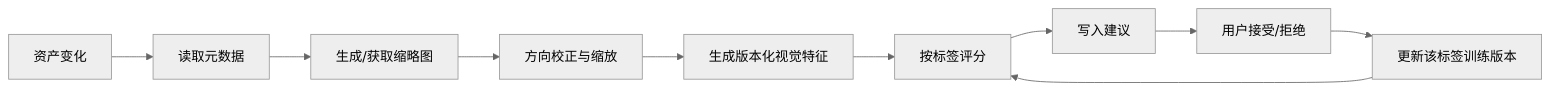
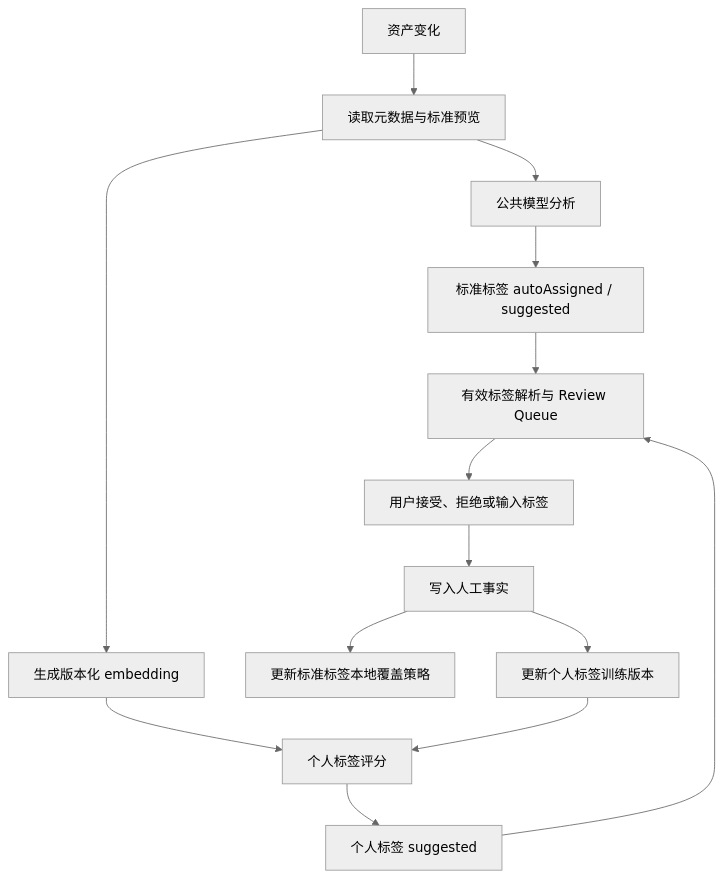
One commit to lgw2023/ImageAll changed the third of 3 diagrams in docs/ARCHITECTURE.md. Above: the diagram before and after it, drawn with Mermaid (neutral theme). The commit also changed other lines of this file and 1 other file, not shown here.

First line of the commit message:
docs(codex): define dual-track tag architecture

````diff
--- a/docs/ARCHITECTURE.md
+++ b/docs/ARCHITECTURE.md
@@ -418,12 +470,16 @@
 ```mermaid
-flowchart LR
-    A["资产变化"] --> B["读取元数据"]
-    B --> C["生成/获取缩略图"]
-    C --> D["方向校正与缩放"]
-    D --> E["生成版本化视觉特征"]
-    E --> F["按标签评分"]
-    F --> G["写入建议"]
-    G --> H["用户接受/拒绝"]
-    H --> I["更新该标签训练版本"]
-    I --> F
+flowchart TB
+    A["资产变化"] --> B["读取元数据与标准预览"]
+    B --> C["公共模型分析"]
+    B --> D["生成版本化 embedding"]
+    C --> E["标准标签 autoAssigned / suggested"]
+    D --> F["个人标签评分"]
+    F --> G["个人标签 suggested"]
+    E --> H["有效标签解析与 Review Queue"]
+    G --> H
+    H --> I["用户接受、拒绝或输入标签"]
+    I --> J["写入人工事实"]
+    J --> K["更新标准标签本地覆盖策略"]
+    J --> L["更新个人标签训练版本"]
+    L --> F
 ```
````
